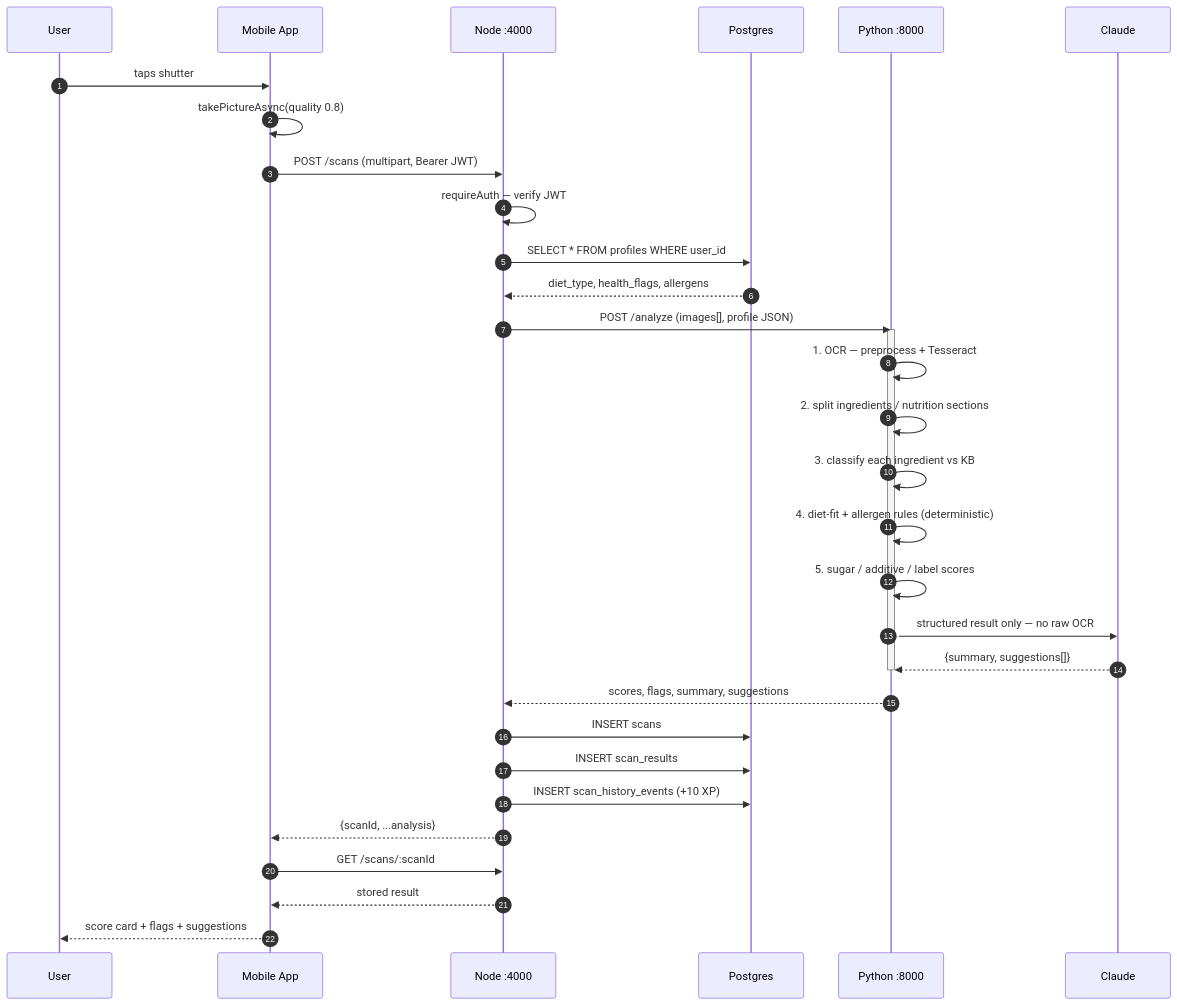
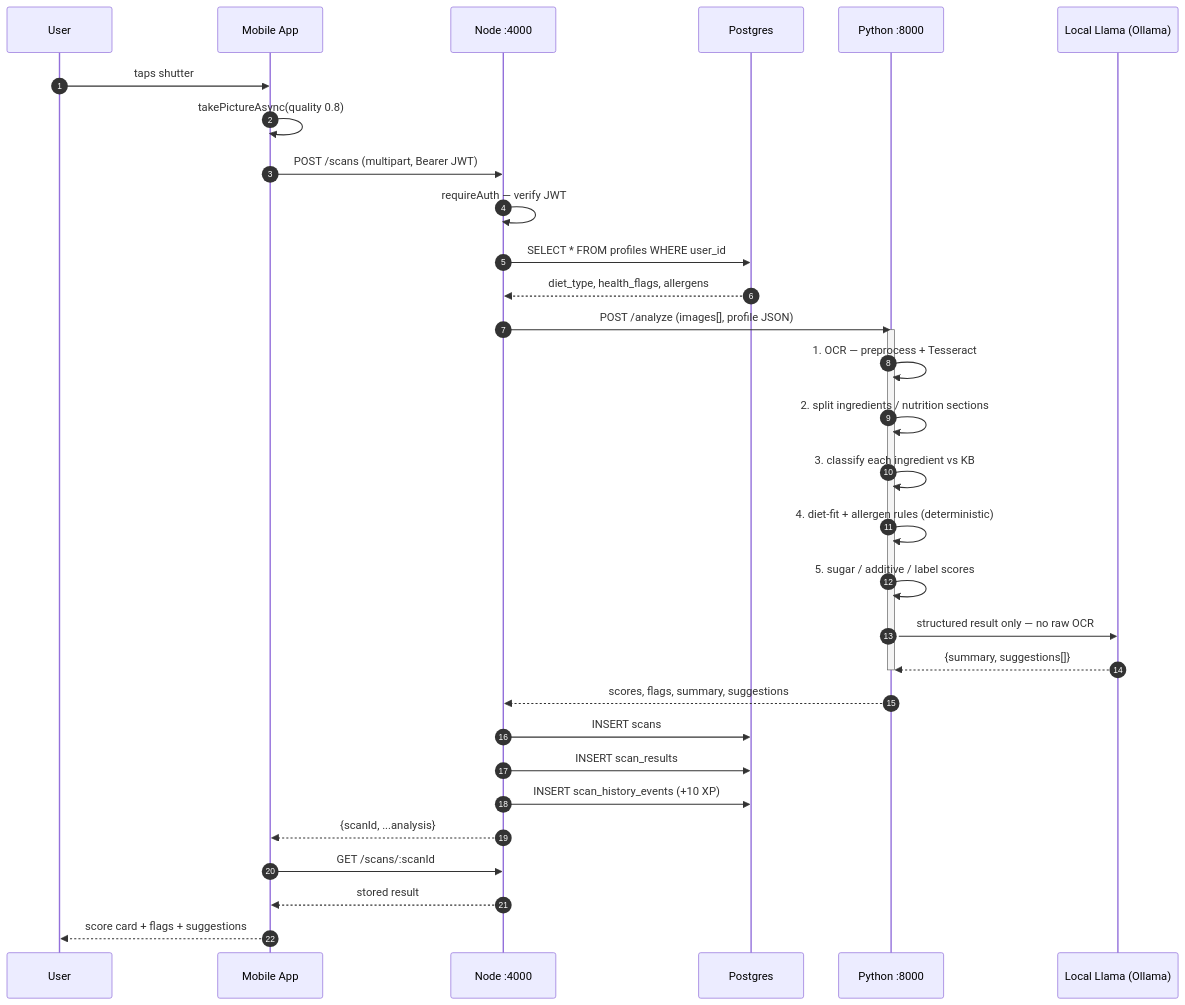
The second of 6 diagrams in labelwise-scaffold/labelwise/docs/architecture-diagram.md (dipal0708/ScanBite), drawn with Mermaid before and after one commit. The commit also changed other lines of this file and 8 other files, not shown here.

````diff
--- a/labelwise-scaffold/labelwise/docs/architecture-diagram.md
+++ b/labelwise-scaffold/labelwise/docs/architecture-diagram.md
@@ -66,40 +66,40 @@
 ```mermaid
 sequenceDiagram
     autonumber
     participant U as User
     participant App as Mobile App
     participant API as Node :4000
     participant PG as Postgres
     participant AI as Python :8000
-    participant C as Claude
+    participant C as Local Llama (Ollama)
 
     U->>App: taps shutter
     App->>App: takePictureAsync(quality 0.8)
     App->>API: POST /scans (multipart, Bearer JWT)
     API->>API: requireAuth — verify JWT
     API->>PG: SELECT * FROM profiles WHERE user_id
     PG-->>API: diet_type, health_flags, allergens
 
     API->>AI: POST /analyze (images[], profile JSON)
 
     activate AI
     AI->>AI: 1. OCR — preprocess + Tesseract
     AI->>AI: 2. split ingredients / nutrition sections
     AI->>AI: 3. classify each ingredient vs KB
     AI->>AI: 4. diet-fit + allergen rules (deterministic)
     AI->>AI: 5. sugar / additive / label scores
     AI->>C: structured result only — no raw OCR
     C-->>AI: {summary, suggestions[]}
     deactivate AI
 
     AI-->>API: scores, flags, summary, suggestions
 
     API->>PG: INSERT scans
     API->>PG: INSERT scan_results
     API->>PG: INSERT scan_history_events (+10 XP)
     API-->>App: {scanId, ...analysis}
 
     App->>API: GET /scans/:scanId
     API-->>App: stored result
     App-->>U: score card + flags + suggestions
 ```
````
